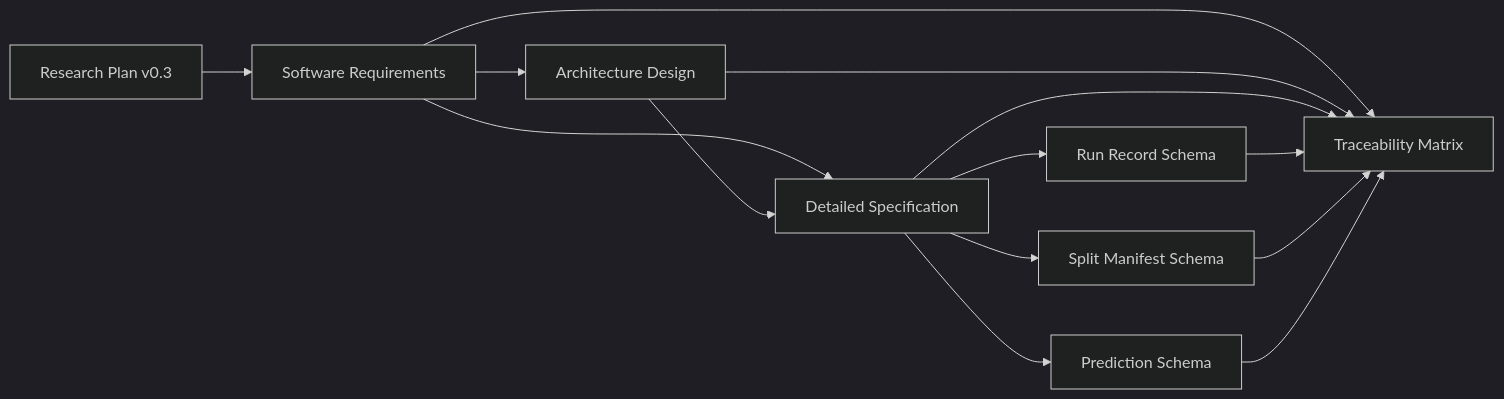
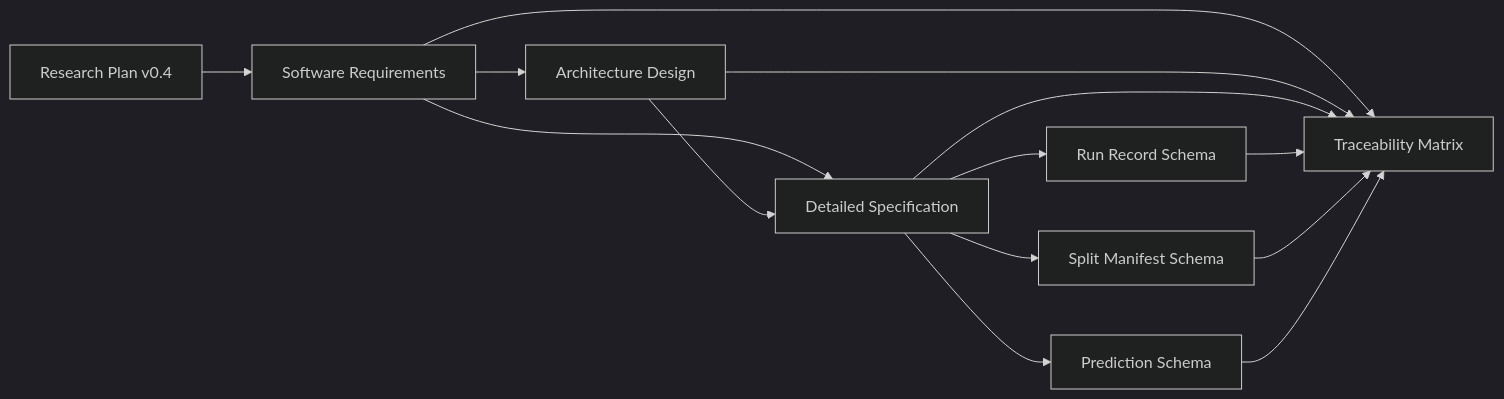
Before and after one commit to xulei-leon/particleML: the diagram in project/superpowers/specs/2026-07-16-particleml-software-documentation-suite-design.md, drawn with Mermaid (dark theme). The commit also changed other lines of this file and 3 other files, not shown here.

````diff
--- a/project/superpowers/specs/2026-07-16-particleml-software-documentation-suite-design.md
+++ b/project/superpowers/specs/2026-07-16-particleml-software-documentation-suite-design.md
@@ -217,16 +217,16 @@
 ```mermaid
 flowchart LR
-    RP["Research Plan v0.3"] --> REQ["Software Requirements"]
+    RP["Research Plan v0.4"] --> REQ["Software Requirements"]
     REQ --> ARCH["Architecture Design"]
     REQ --> SPEC["Detailed Specification"]
     ARCH --> SPEC
     SPEC --> RUN["Run Record Schema"]
     SPEC --> SPLIT["Split Manifest Schema"]
     SPEC --> PRED["Prediction Schema"]
     REQ --> TRACE["Traceability Matrix"]
     ARCH --> TRACE
     SPEC --> TRACE
     RUN --> TRACE
     SPLIT --> TRACE
     PRED --> TRACE
 ```
````
